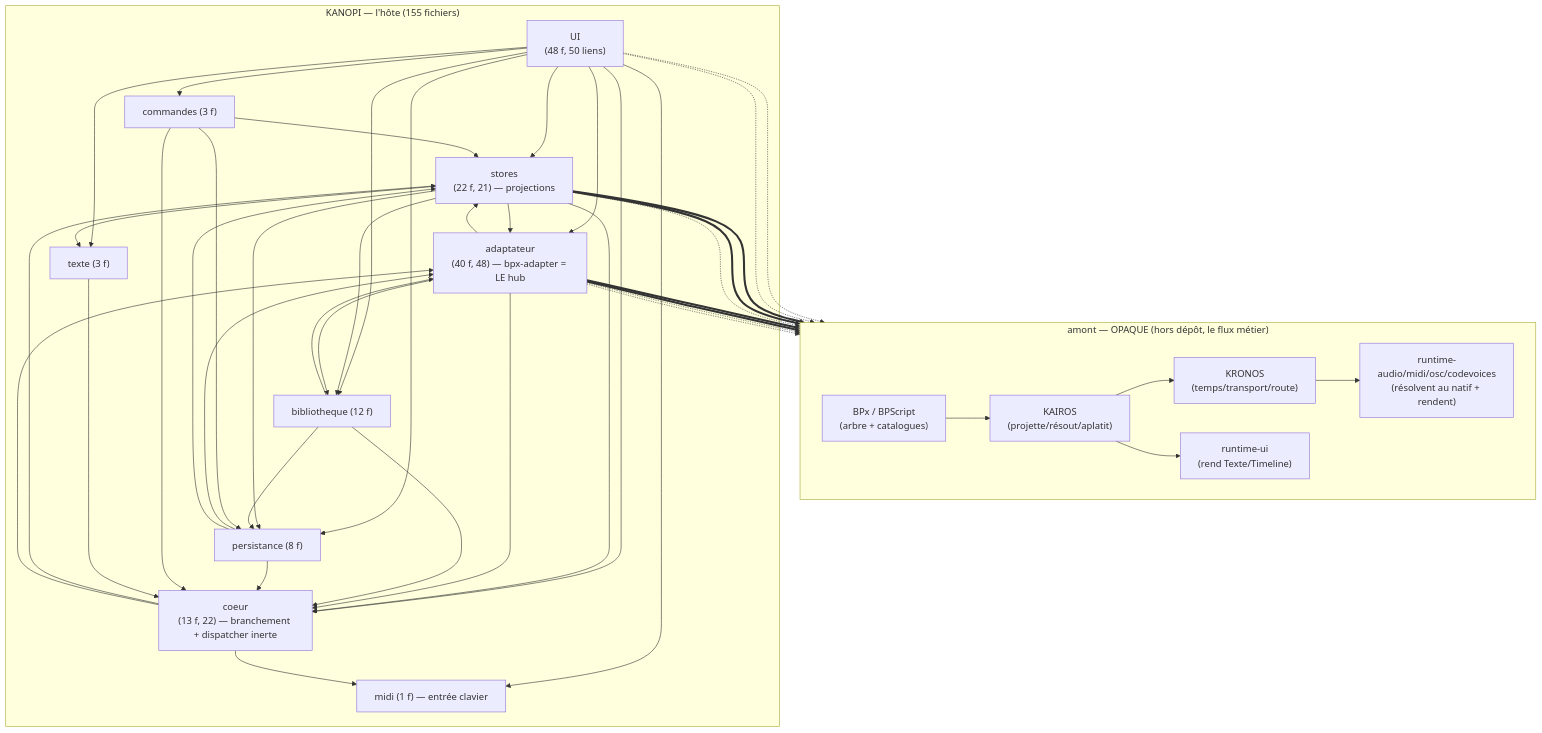
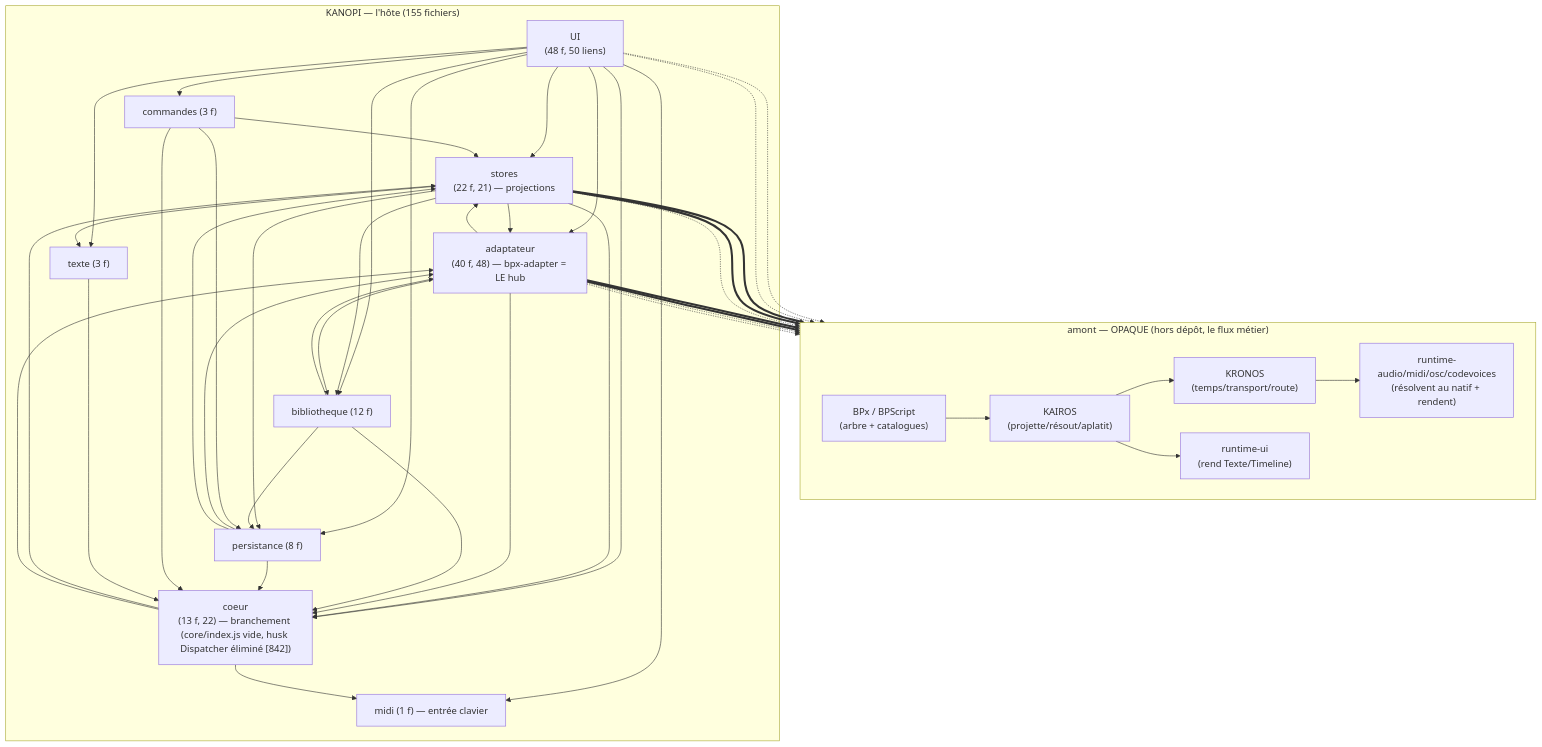
The first of 3 diagrams in docs/arch/carte-reel.md (roomi-fields/Kanopi), drawn with Mermaid before and after one commit. The commit also changed other lines of this file and 5 other files, not shown here.

````diff
--- a/docs/arch/carte-reel.md
+++ b/docs/arch/carte-reel.md
@@ -40,67 +40,67 @@
 ```mermaid
 flowchart TD
   subgraph AMONT["amont — OPAQUE (hors dépôt, le flux métier)"]
     direction LR
     BPX["BPx / BPScript<br/>(arbre + catalogues)"]
     KAIROS["KAIROS<br/>(projette/résout/aplatit)"]
     KRONOS["KRONOS<br/>(temps/transport/route)"]
     RTUI["runtime-ui<br/>(rend Texte/Timeline)"]
     RTSINKS["runtime-audio/midi/osc/codevoices<br/>(résolvent au natif + rendent)"]
   end
 
   subgraph KANOPI["KANOPI — l'hôte (155 fichiers)"]
     UI["UI<br/>(48 f, 50 liens)"]
     STORES["stores<br/>(22 f, 21) — projections"]
     ADAPT["adaptateur<br/>(40 f, 48) — bpx-adapter = LE hub"]
-    COEUR["coeur<br/>(13 f, 22) — branchement + dispatcher inerte"]
+    COEUR["coeur<br/>(13 f, 22) — branchement (core/index.js vide, husk Dispatcher éliminé [842])"]
     LIB["bibliotheque (12 f)"]
     PERS["persistance (8 f)"]
     CMD["commandes (3 f)"]
     TXT["texte (3 f)"]
     MIDI["midi (1 f) — entrée clavier"]
   end
 
   UI --> STORES
   UI --> ADAPT
   UI --> COEUR
   UI --> LIB
   UI --> PERS
   UI --> CMD
   UI --> MIDI
   UI --> TXT
   UI -.-> RTUI
   UI -.-> BPX
   STORES --> ADAPT
   STORES --> COEUR
   STORES --> LIB
   STORES --> PERS
   STORES --> TXT
   STORES ==> KAIROS
   STORES ==> KRONOS
   STORES -.-> RTUI
   ADAPT --> COEUR
   ADAPT --> LIB
   ADAPT --> STORES
   ADAPT ==> KAIROS
   ADAPT ==> KRONOS
   ADAPT -.-> BPX
   ADAPT -.-> RTSINKS
   COEUR --> MIDI
   COEUR --> STORES
   COEUR --> ADAPT
   LIB --> ADAPT
   LIB --> COEUR
   LIB --> PERS
   PERS --> ADAPT
   PERS --> COEUR
   PERS --> STORES
   CMD --> COEUR
   CMD --> PERS
   CMD --> STORES
   TXT --> COEUR
 
   BPX --> KAIROS
   KAIROS --> KRONOS
   KAIROS --> RTUI
   KRONOS --> RTSINKS
 ```
````
